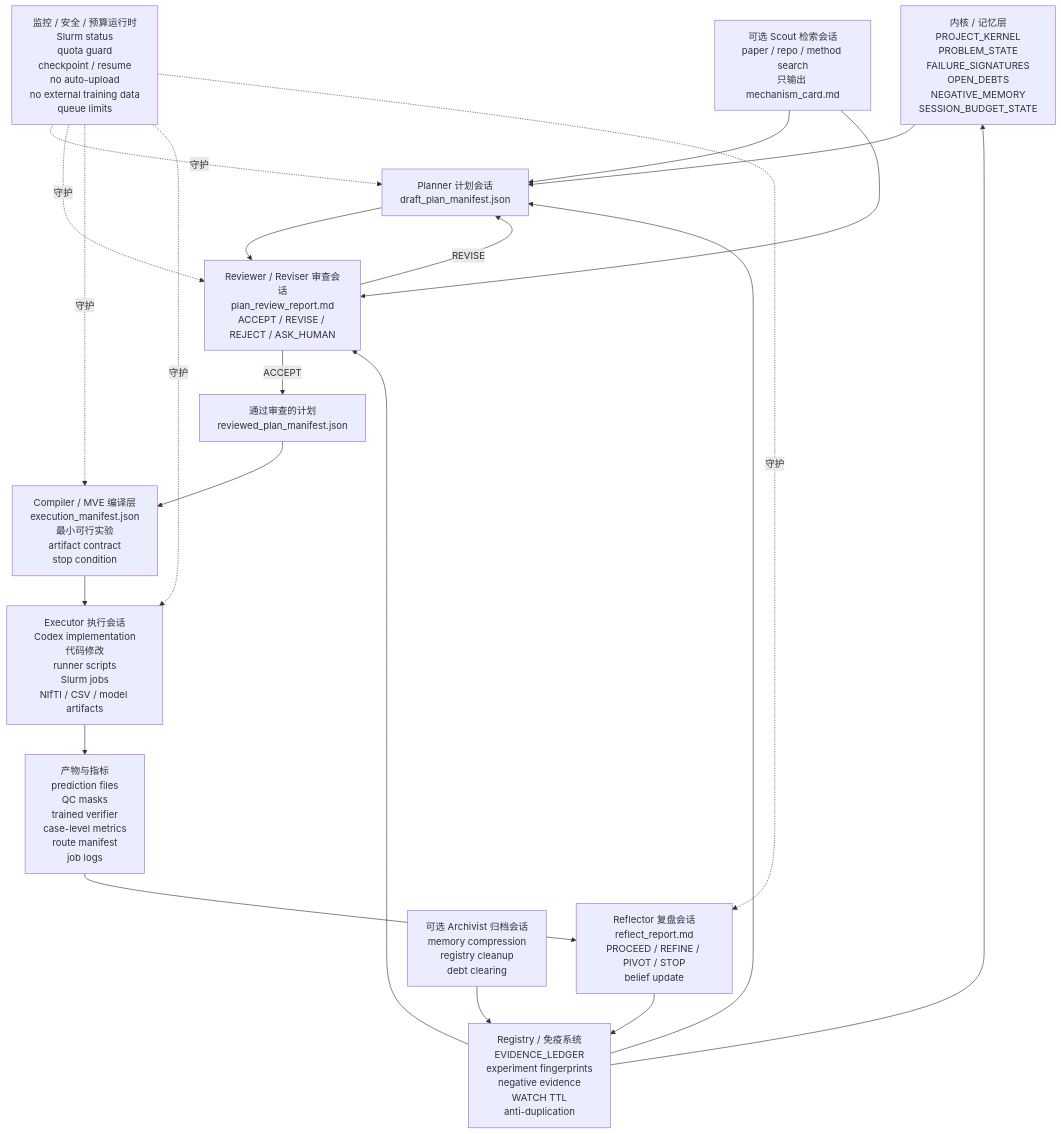
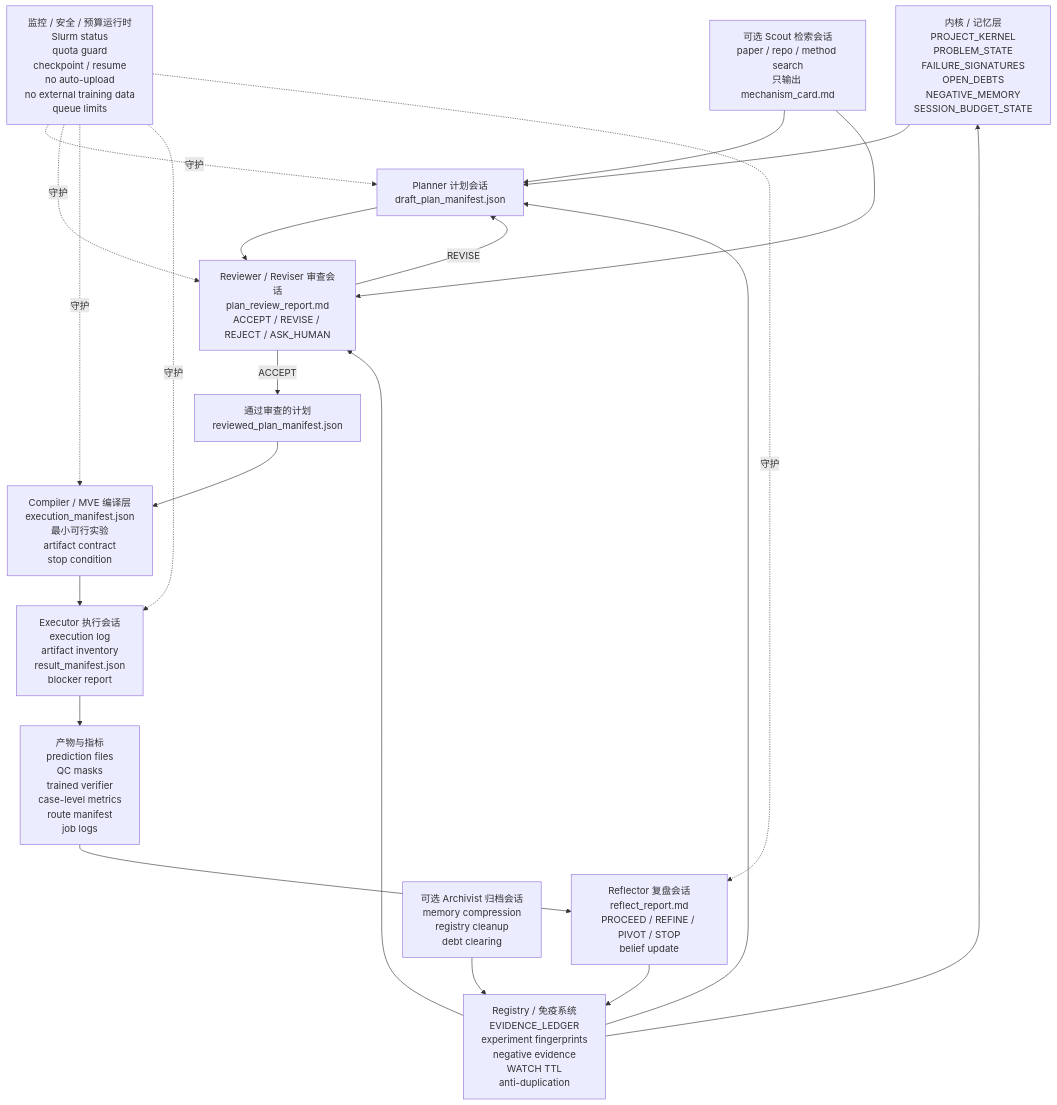
One commit to YuukiAS/VibeResearch changed the diagram in docs/README_CN.md. Above: the diagram before and after it, drawn with Mermaid. The commit also changed other lines of this file and 10 other files, not shown here.

````diff
--- a/docs/README_CN.md
+++ b/docs/README_CN.md
@@ -101,34 +104,34 @@
 ```mermaid
 flowchart TD
     A["内核 / 记忆层<br/>PROJECT_KERNEL<br/>PROBLEM_STATE<br/>FAILURE_SIGNATURES<br/>OPEN_DEBTS<br/>NEGATIVE_MEMORY<br/>SESSION_BUDGET_STATE"] --> B["Planner 计划会话<br/>draft_plan_manifest.json"]
 
     B --> C["Reviewer / Reviser 审查会话<br/>plan_review_report.md<br/>ACCEPT / REVISE / REJECT / ASK_HUMAN"]
 
     C -- REVISE --> B
     C -- ACCEPT --> D["通过审查的计划<br/>reviewed_plan_manifest.json"]
 
     D --> E["Compiler / MVE 编译层<br/>execution_manifest.json<br/>最小可行实验<br/>artifact contract<br/>stop condition"]
 
-    E --> F["Executor 执行会话<br/>Codex implementation<br/>代码修改<br/>runner scripts<br/>Slurm jobs<br/>NIfTI / CSV / model artifacts"]
+    E --> F["Executor 执行会话<br/>execution log<br/>artifact inventory<br/>result_manifest.json<br/>blocker report"]
 
     F --> G["产物与指标<br/>prediction files<br/>QC masks<br/>trained verifier<br/>case-level metrics<br/>route manifest<br/>job logs"]
 
     G --> H["Reflector 复盘会话<br/>reflect_report.md<br/>PROCEED / REFINE / PIVOT / STOP<br/>belief update"]
 
     H --> I["Registry / 免疫系统<br/>EVIDENCE_LEDGER<br/>experiment fingerprints<br/>negative evidence<br/>WATCH TTL<br/>anti-duplication"]
 
     I --> A
     I --> B
     I --> C
 
     J["监控 / 安全 / 预算运行时<br/>Slurm status<br/>quota guard<br/>checkpoint / resume<br/>no auto-upload<br/>no external training data<br/>queue limits"] -. 守护 .-> B
     J -. 守护 .-> C
     J -. 守护 .-> E
     J -. 守护 .-> F
     J -. 守护 .-> H
 
     K["可选 Scout 检索会话<br/>paper / repo / method search<br/>只输出 mechanism_card.md"] --> B
     K --> C
 
     L["可选 Archivist 归档会话<br/>memory compression<br/>registry cleanup<br/>debt clearing"] --> I
 ```
````
